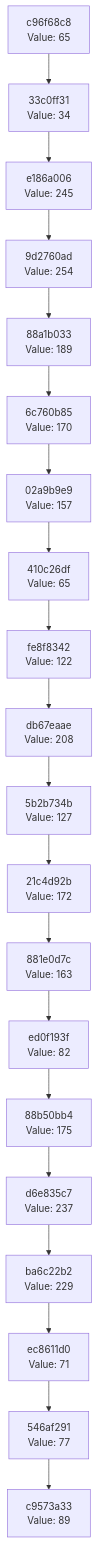
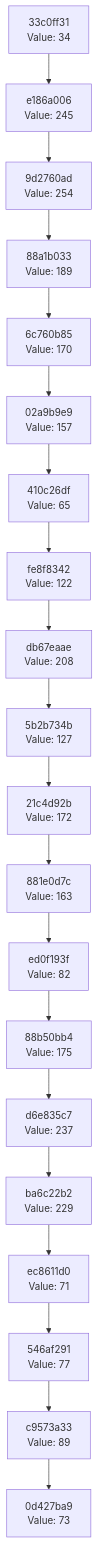
Before and after one commit to Abhisheksinha1506/hash-chain-evolver: the diagram in docs/CHAIN_VISUALIZATION.md, drawn with Mermaid. The commit also changed 1 other file, not shown here.

Commit message:
Evolution Step

````diff
--- a/docs/CHAIN_VISUALIZATION.md
+++ b/docs/CHAIN_VISUALIZATION.md
@@ -3,42 +3,42 @@
 ```mermaid
 graph TD
-    C0["c9573a33<br/>Value: 89"]
-    C1["546af291<br/>Value: 77"]
+    C0["0d427ba9<br/>Value: 73"]
+    C1["c9573a33<br/>Value: 89"]
     C1 --> C0
-    C2["ec8611d0<br/>Value: 71"]
+    C2["546af291<br/>Value: 77"]
     C2 --> C1
-    C3["ba6c22b2<br/>Value: 229"]
+    C3["ec8611d0<br/>Value: 71"]
     C3 --> C2
-    C4["d6e835c7<br/>Value: 237"]
+    C4["ba6c22b2<br/>Value: 229"]
     C4 --> C3
-    C5["88b50bb4<br/>Value: 175"]
+    C5["d6e835c7<br/>Value: 237"]
     C5 --> C4
-    C6["ed0f193f<br/>Value: 82"]
+    C6["88b50bb4<br/>Value: 175"]
     C6 --> C5
-    C7["881e0d7c<br/>Value: 163"]
+    C7["ed0f193f<br/>Value: 82"]
     C7 --> C6
-    C8["21c4d92b<br/>Value: 172"]
+    C8["881e0d7c<br/>Value: 163"]
     C8 --> C7
-    C9["5b2b734b<br/>Value: 127"]
+    C9["21c4d92b<br/>Value: 172"]
     C9 --> C8
-    C10["db67eaae<br/>Value: 208"]
+    C10["5b2b734b<br/>Value: 127"]
     C10 --> C9
-    C11["fe8f8342<br/>Value: 122"]
+    C11["db67eaae<br/>Value: 208"]
     C11 --> C10
-    C12["410c26df<br/>Value: 65"]
+    C12["fe8f8342<br/>Value: 122"]
     C12 --> C11
-    C13["02a9b9e9<br/>Value: 157"]
+    C13["410c26df<br/>Value: 65"]
     C13 --> C12
-    C14["6c760b85<br/>Value: 170"]
+    C14["02a9b9e9<br/>Value: 157"]
     C14 --> C13
-    C15["88a1b033<br/>Value: 189"]
+    C15["6c760b85<br/>Value: 170"]
     C15 --> C14
-    C16["9d2760ad<br/>Value: 254"]
+    C16["88a1b033<br/>Value: 189"]
     C16 --> C15
-    C17["e186a006<br/>Value: 245"]
+    C17["9d2760ad<br/>Value: 254"]
     C17 --> C16
-    C18["33c0ff31<br/>Value: 34"]
+    C18["e186a006<br/>Value: 245"]
     C18 --> C17
-    C19["c96f68c8<br/>Value: 65"]
+    C19["33c0ff31<br/>Value: 34"]
     C19 --> C18
 ```
````
